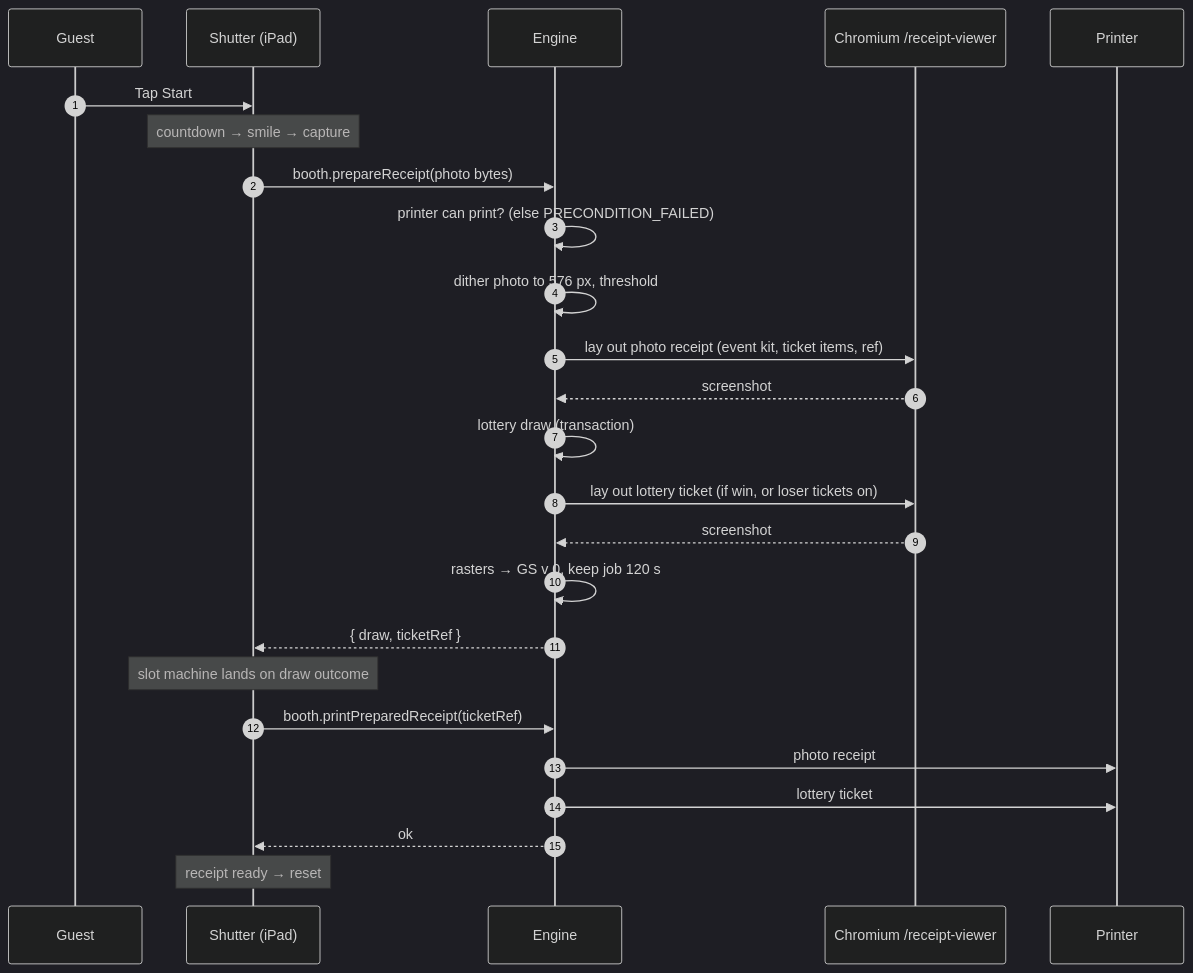
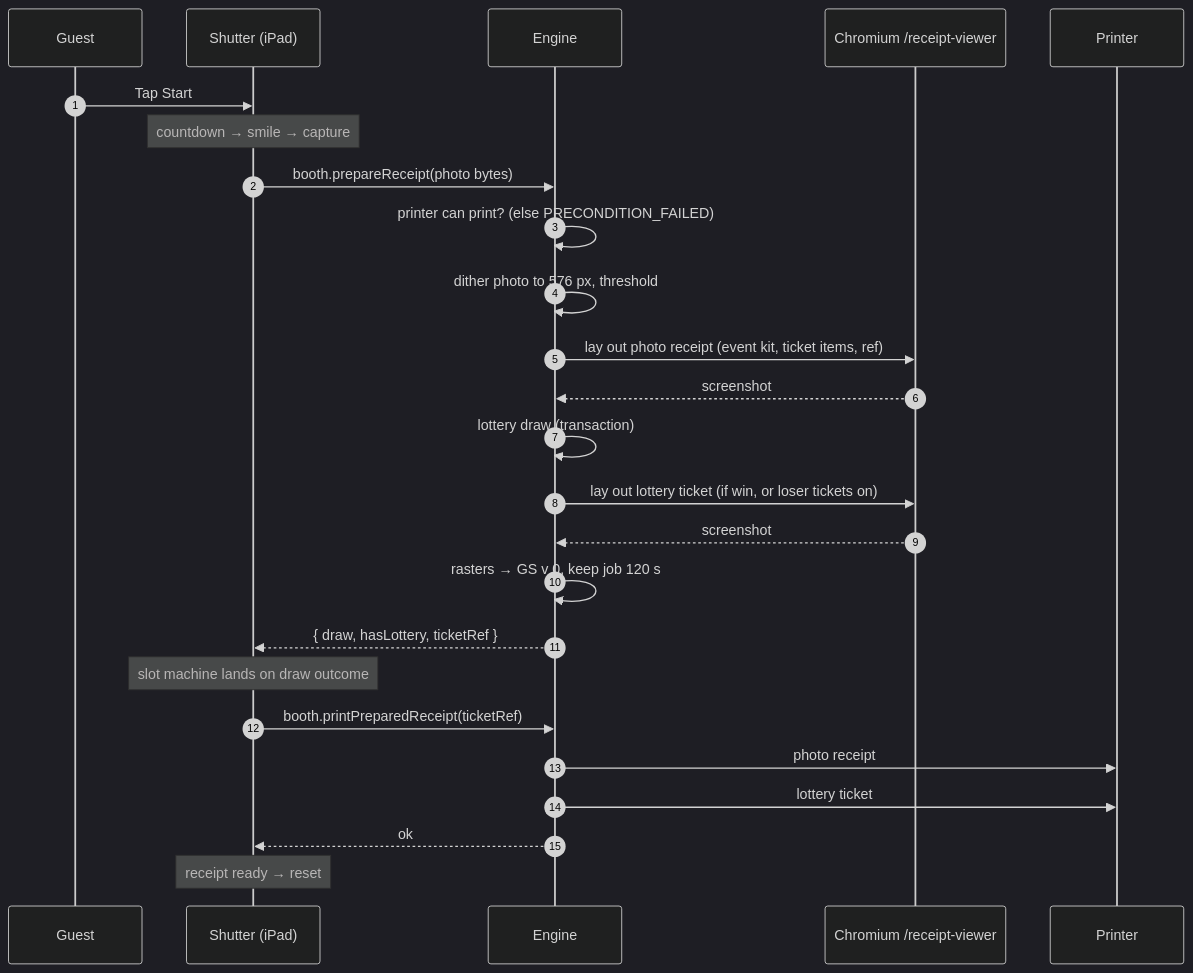
The diagram in apps/docs/src/content/docs/architecture/guest-visit.md (99Stud/dither_booth), drawn with Mermaid (dark theme) before and after one commit. The commit also changed other lines of this file and 35 other files, not shown here.

````diff
--- a/apps/docs/src/content/docs/architecture/guest-visit.md
+++ b/apps/docs/src/content/docs/architecture/guest-visit.md
@@ -12,28 +12,28 @@
 ```mermaid
 sequenceDiagram
   autonumber
   participant G as Guest
   participant S as Shutter (iPad)
   participant E as Engine
   participant C as Chromium /receipt-viewer
   participant P as Printer
 
   G->>S: Tap Start
   Note over S: countdown → smile → capture
   S->>E: booth.prepareReceipt(photo bytes)
   E->>E: printer can print? (else PRECONDITION_FAILED)
   E->>E: dither photo to 576 px, threshold
   E->>C: lay out photo receipt (event kit, ticket items, ref)
   C-->>E: screenshot
   E->>E: lottery draw (transaction)
   E->>C: lay out lottery ticket (if win, or loser tickets on)
   C-->>E: screenshot
   E->>E: rasters → GS v 0, keep job 120 s
-  E-->>S: { draw, ticketRef }
+  E-->>S: { draw, hasLottery, ticketRef }
   Note over S: slot machine lands on draw outcome
   S->>E: booth.printPreparedReceipt(ticketRef)
   E->>P: photo receipt
   E->>P: lottery ticket
   E-->>S: ok
   Note over S: receipt ready → reset
 ```
````
